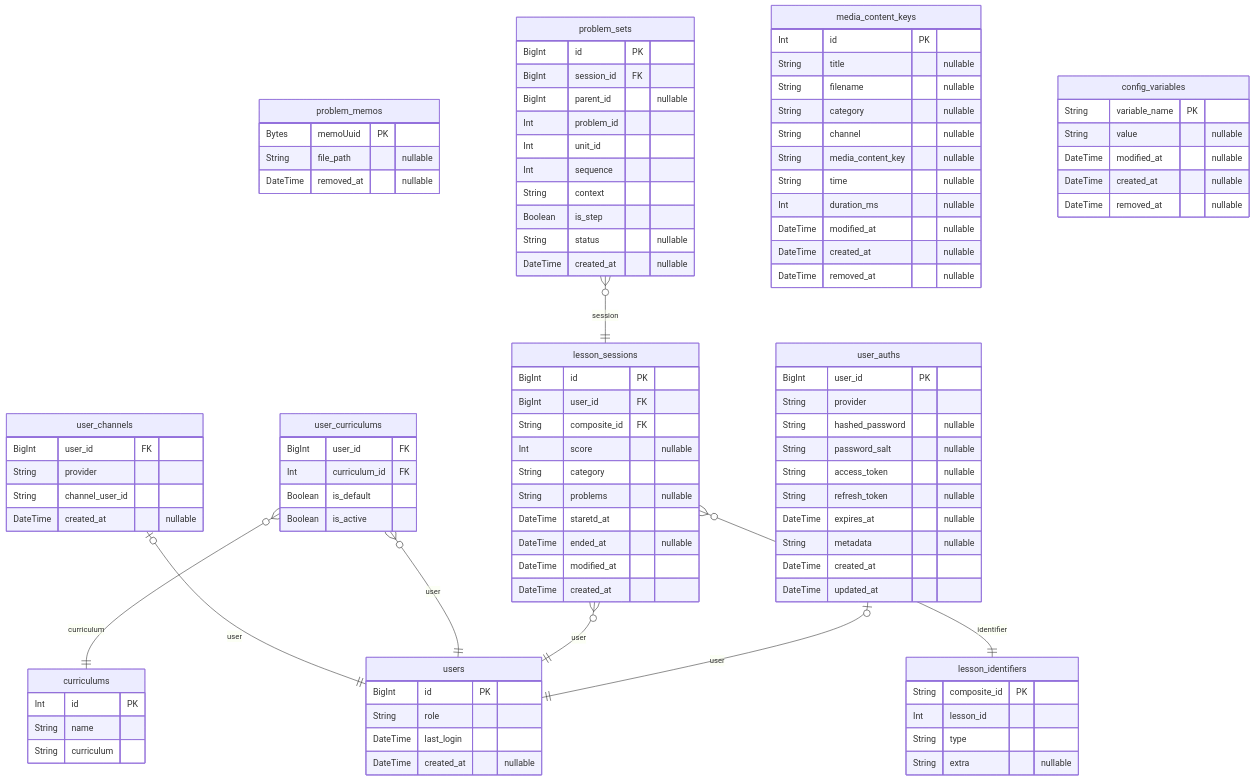
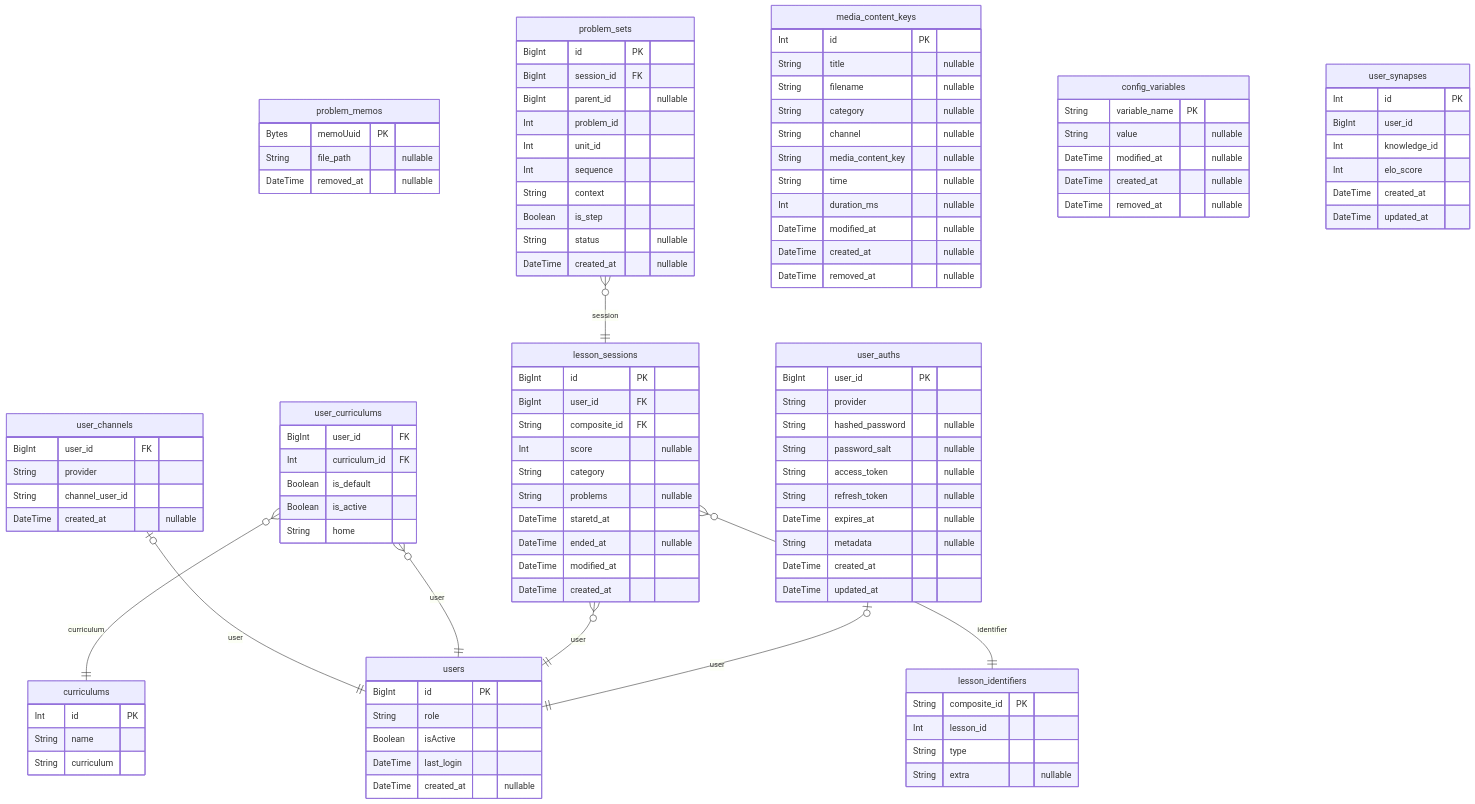
One commit to jungyun-kim/prisma-markdown changed the diagram in prisma/SCHEMA.md. Above: the diagram before and after it, drawn with Mermaid. The commit also changed other lines of this file and 2 other files, not shown here.

```diff
--- a/prisma/SCHEMA.md
+++ b/prisma/SCHEMA.md
@@ -27,6 +27,7 @@
   Int curriculum_id FK
   Boolean is_default
   Boolean is_active
+  String home
 }
 "lesson_sessions" {
   BigInt id PK
@@ -55,6 +56,7 @@
 "users" {
   BigInt id PK
   String role
+  Boolean isActive
   DateTime last_login
   DateTime created_at "nullable"
 }
@@ -96,6 +98,14 @@
   DateTime created_at "nullable"
   DateTime removed_at "nullable"
 }
+"user_synapses" {
+  Int id PK
+  BigInt user_id
+  Int knowledge_id
+  Int elo_score
+  DateTime created_at
+  DateTime updated_at
+}
 "user_channels" |o--|| "users" : user
 "user_curriculums" }o--|| "users" : user
 "user_curriculums" }o--|| "curriculums" : curriculum
```
